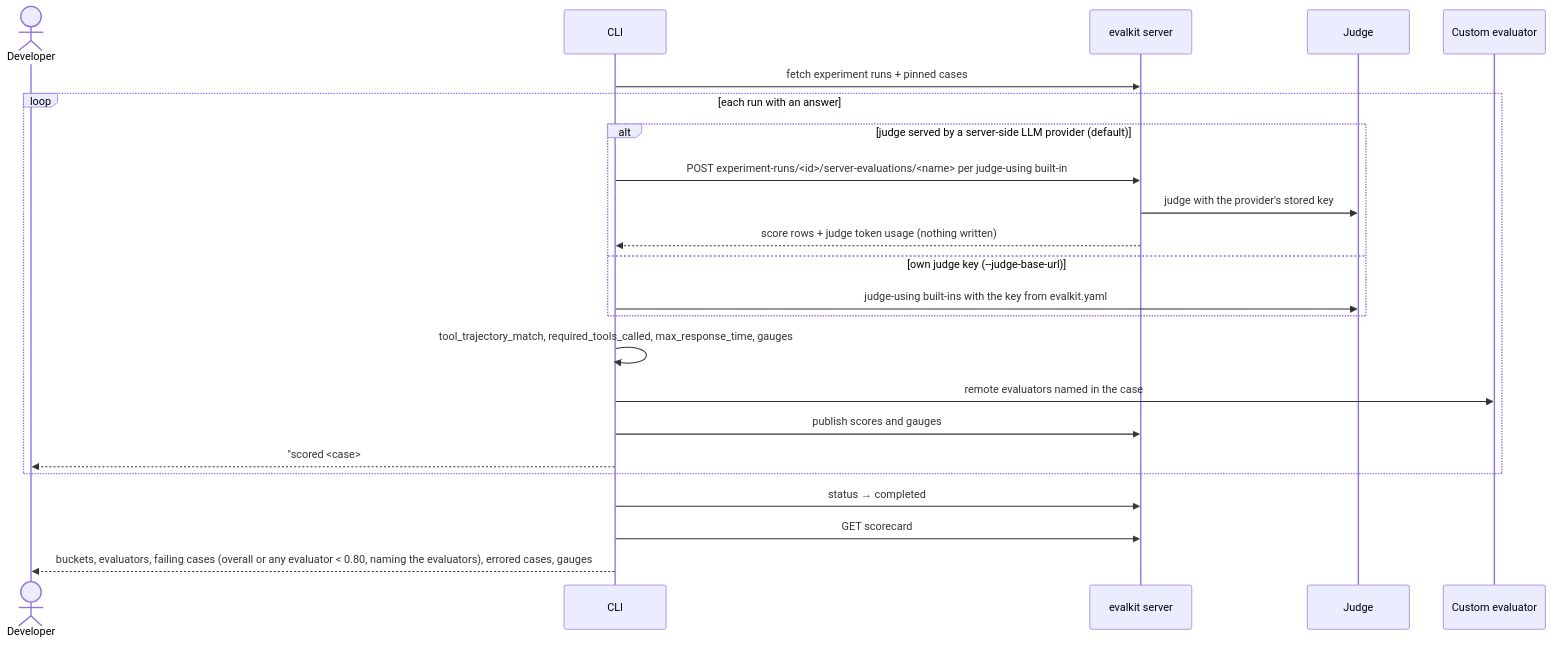
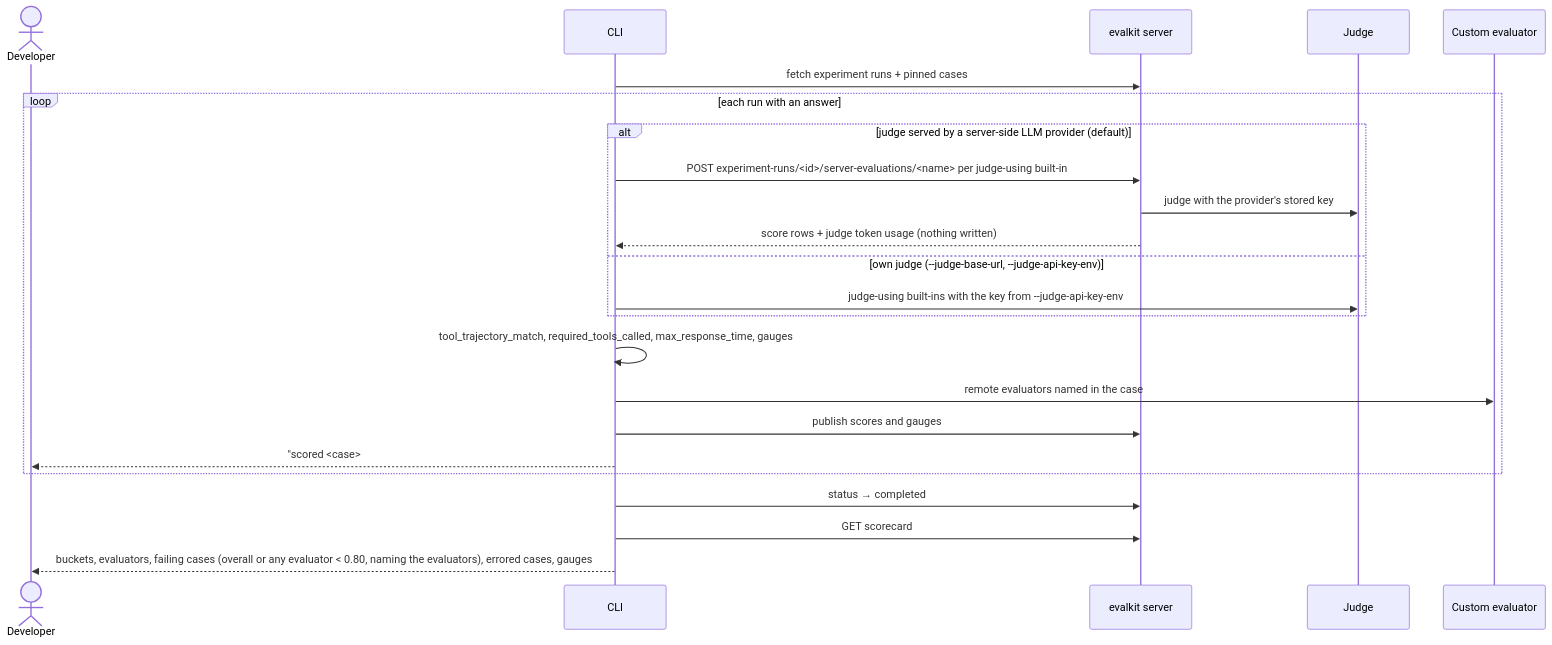
Before and after one commit to inferedge-ai/evalkit: the second of 3 diagrams in docs/flows/07-local-harness-run.md, drawn with Mermaid. The commit also changed other lines of this file and 25 other files, not shown here.

First line of the commit message:
Own judge carries its key: Judge(api_key=...) and --judge-api-key-env; drop credentials.llm_providers

````diff
--- a/docs/flows/07-local-harness-run.md
+++ b/docs/flows/07-local-harness-run.md
@@ -54,26 +54,26 @@
 ```mermaid
 sequenceDiagram
   actor Dev as Developer
   participant CLI
   participant S as evalkit server
   participant J as Judge
   participant E as Custom evaluator
 
   CLI->>S: fetch experiment runs + pinned cases
   loop each run with an answer
     alt judge served by a server-side LLM provider (default)
       CLI->>S: POST experiment-runs/#lt;id#gt;/server-evaluations/#lt;name#gt; per judge-using built-in
       S->>J: judge with the provider's stored key
       S-->>CLI: score rows + judge token usage (nothing written)
-    else own judge key (--judge-base-url)
-      CLI->>J: judge-using built-ins with the key from evalkit.yaml
+    else own judge (--judge-base-url, --judge-api-key-env)
+      CLI->>J: judge-using built-ins with the key from --judge-api-key-env
     end
     CLI->>CLI: tool_trajectory_match, required_tools_called, max_response_time, gauges
     CLI->>E: remote evaluators named in the case
     CLI->>S: publish scores and gauges
     CLI-->>Dev: "scored #lt;case#gt; ##lt;rep#gt; (#lt;n#gt; rows)"
   end
   CLI->>S: status → completed
   CLI->>S: GET scorecard
   CLI-->>Dev: buckets, evaluators, failing cases (overall or any evaluator < 0.80, naming the evaluators), errored cases, gauges
 ```
````
